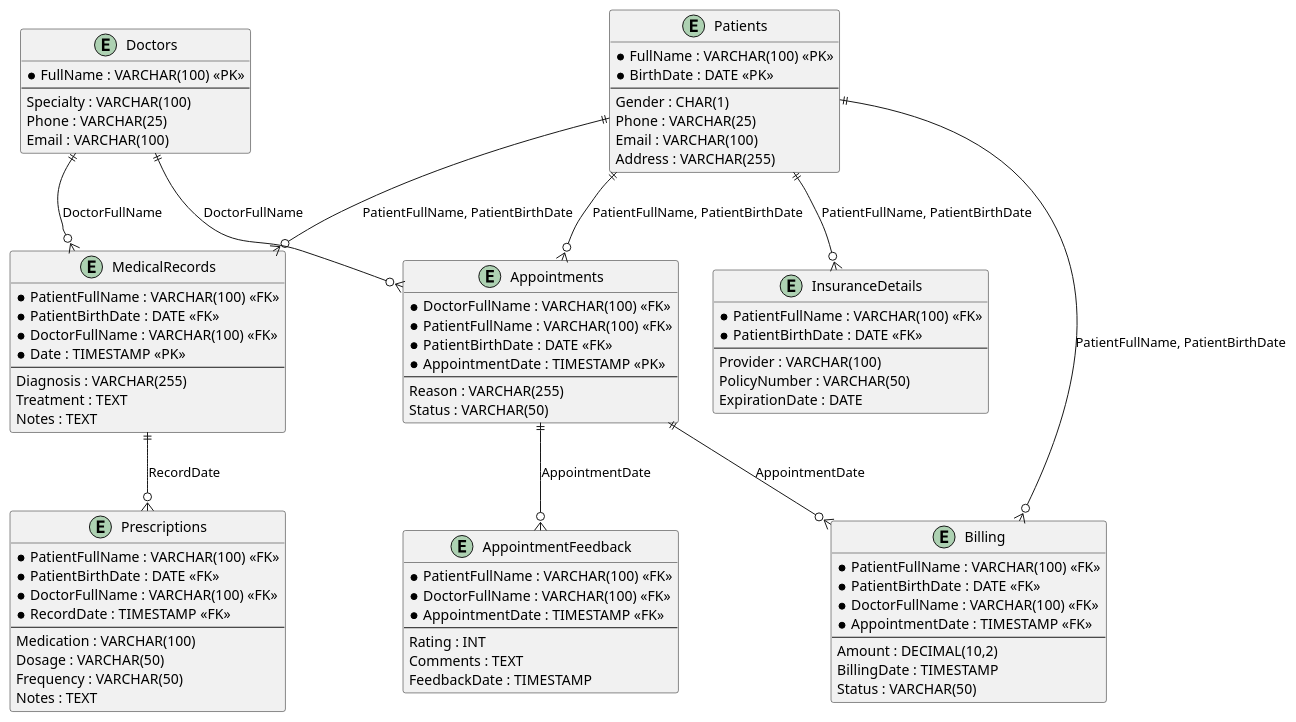
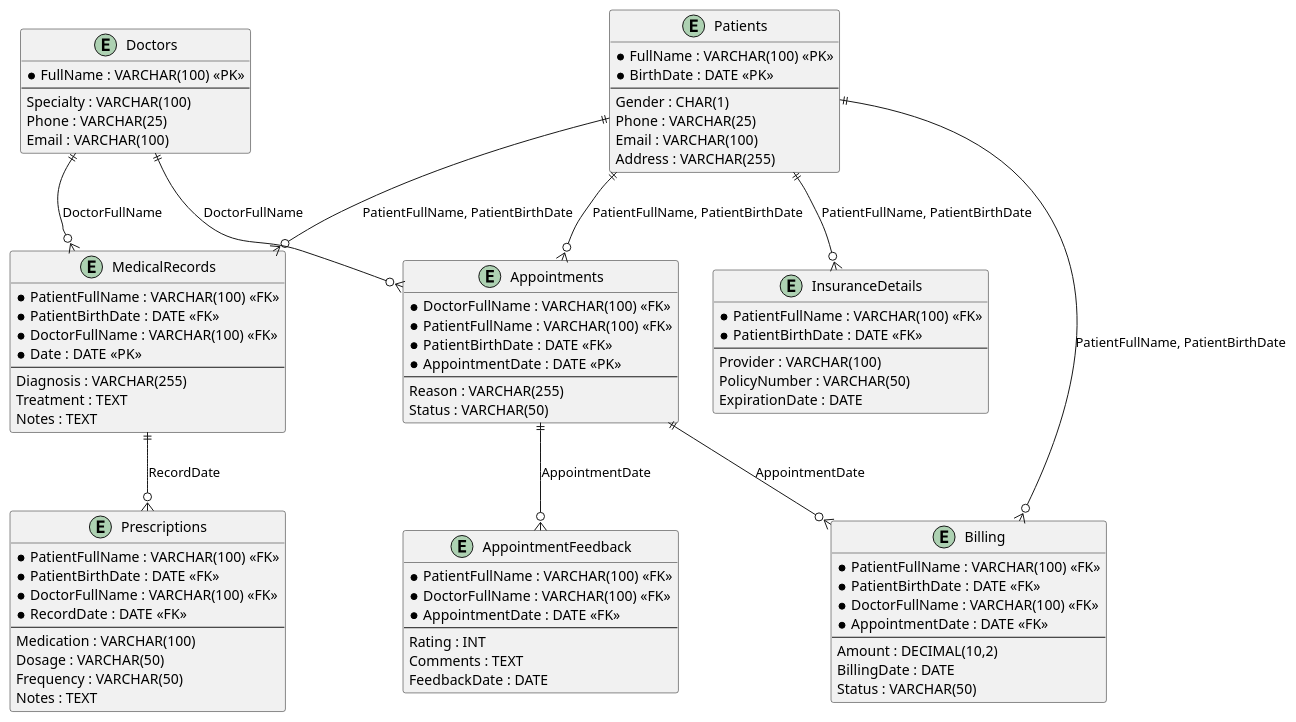
The diagram in oltp/OLTP.plantuml (4llower/hospital-OLTP-OLAP-ETL), drawn with PlantUML before and after one commit. The commit also changed 11 other files, not shown here.

```diff
--- a/oltp/OLTP.plantuml
+++ b/oltp/OLTP.plantuml
@@ -1,92 +1,92 @@
 @startuml diagram
 entity "Doctors" {
   *FullName : VARCHAR(100) <<PK>>
   --
   Specialty : VARCHAR(100)
   Phone : VARCHAR(25)
   Email : VARCHAR(100)
 }
 
 entity "Patients" {
   *FullName : VARCHAR(100) <<PK>>
   *BirthDate : DATE <<PK>>
   --
   Gender : CHAR(1)
   Phone : VARCHAR(25)
   Email : VARCHAR(100)
   Address : VARCHAR(255)
 }
 
 entity "Appointments" {
   *DoctorFullName : VARCHAR(100) <<FK>>
   *PatientFullName : VARCHAR(100) <<FK>>
   *PatientBirthDate : DATE <<FK>>
-  *AppointmentDate : TIMESTAMP <<PK>>
+  *AppointmentDate : DATE <<PK>>
   --
   Reason : VARCHAR(255)
   Status : VARCHAR(50)
 }
 
 entity "MedicalRecords" {
   *PatientFullName : VARCHAR(100) <<FK>>
   *PatientBirthDate : DATE <<FK>>
   *DoctorFullName : VARCHAR(100) <<FK>>
-  *Date : TIMESTAMP <<PK>>
+  *Date : DATE <<PK>>
   --
   Diagnosis : VARCHAR(255)
   Treatment : TEXT
   Notes : TEXT
 }
 
 entity "Billing" {
   *PatientFullName : VARCHAR(100) <<FK>>
   *PatientBirthDate : DATE <<FK>>
   *DoctorFullName : VARCHAR(100) <<FK>>
-  *AppointmentDate : TIMESTAMP <<FK>>
+  *AppointmentDate : DATE <<FK>>
   --
   Amount : DECIMAL(10,2)
-  BillingDate : TIMESTAMP
+  BillingDate : DATE
   Status : VARCHAR(50)
 }
 
 entity "Prescriptions" {
   *PatientFullName : VARCHAR(100) <<FK>>
   *PatientBirthDate : DATE <<FK>>
   *DoctorFullName : VARCHAR(100) <<FK>>
-  *RecordDate : TIMESTAMP <<FK>>
+  *RecordDate : DATE <<FK>>
   --
   Medication : VARCHAR(100)
   Dosage : VARCHAR(50)
   Frequency : VARCHAR(50)
   Notes : TEXT
 }
 
 entity "InsuranceDetails" {
   *PatientFullName : VARCHAR(100) <<FK>>
   *PatientBirthDate : DATE <<FK>>
   --
   Provider : VARCHAR(100)
   PolicyNumber : VARCHAR(50)
   ExpirationDate : DATE
 }
 
 entity "AppointmentFeedback" {
   *PatientFullName : VARCHAR(100) <<FK>>
   *DoctorFullName : VARCHAR(100) <<FK>>
-  *AppointmentDate : TIMESTAMP <<FK>>
+  *AppointmentDate : DATE <<FK>>
   --
   Rating : INT
   Comments : TEXT
-  FeedbackDate : TIMESTAMP
+  FeedbackDate : DATE
 }
 
 "Doctors" ||--o{ "Appointments" : "DoctorFullName"
 "Patients" ||--o{ "Appointments" : "PatientFullName, PatientBirthDate"
 "Patients" ||--o{ "MedicalRecords" : "PatientFullName, PatientBirthDate"
 "Doctors" ||--o{ "MedicalRecords" : "DoctorFullName"
 "Patients" ||--o{ "Billing" : "PatientFullName, PatientBirthDate"
 "Appointments" ||--o{ "Billing" : "AppointmentDate"
 "MedicalRecords" ||--o{ "Prescriptions" : "RecordDate"
 "Patients" ||--o{ "InsuranceDetails" : "PatientFullName, PatientBirthDate"
 "Appointments" ||--o{ "AppointmentFeedback" : "AppointmentDate"
 @enduml
```
